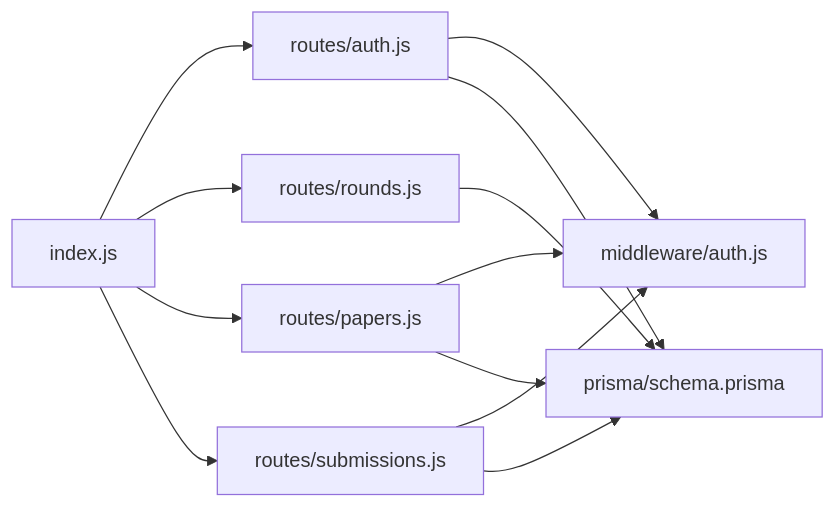
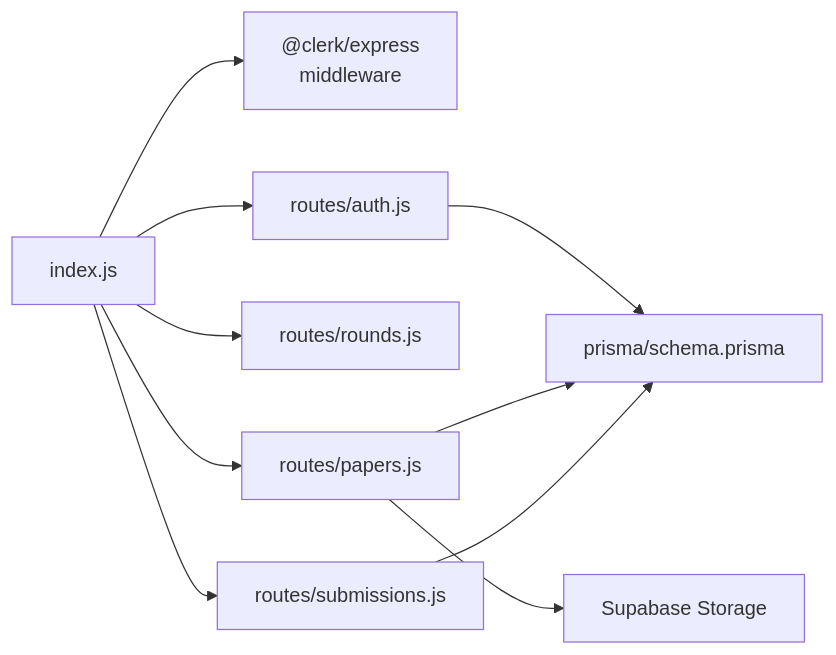
The third of 3 diagrams in .qoder/repowiki/en/content/API Reference/API Reference.md (ZandileMkontwana/olympiad-portal), drawn with Mermaid before and after one commit. The commit also changed other lines of this file and 16 other files, not shown here.

Commit message:
fix: test(backend): update tests for Clerk auth and Supabase storage

````diff
--- a/.qoder/repowiki/en/content/API Reference/API Reference.md
+++ b/.qoder/repowiki/en/content/API Reference/API Reference.md
@@ -320,14 +293,12 @@
 ```mermaid
 graph LR
-Index["index.js"] --> Auth["routes/auth.js"]
+Index["index.js"] --> Clerk["@clerk/express<br/>middleware"]
+Index --> Auth["routes/auth.js"]
 Index --> Rounds["routes/rounds.js"]
 Index --> Papers["routes/papers.js"]
 Index --> Submissions["routes/submissions.js"]
-Auth --> Middleware["middleware/auth.js"]
-Papers --> Middleware
-Submissions --> Middleware
-Rounds --> Prisma["prisma/schema.prisma"]
+Auth --> Prisma["prisma/schema.prisma"]
 Papers --> Prisma
 Submissions --> Prisma
-Auth --> Prisma
+Papers --> Supabase["Supabase Storage"]
 ```
````
